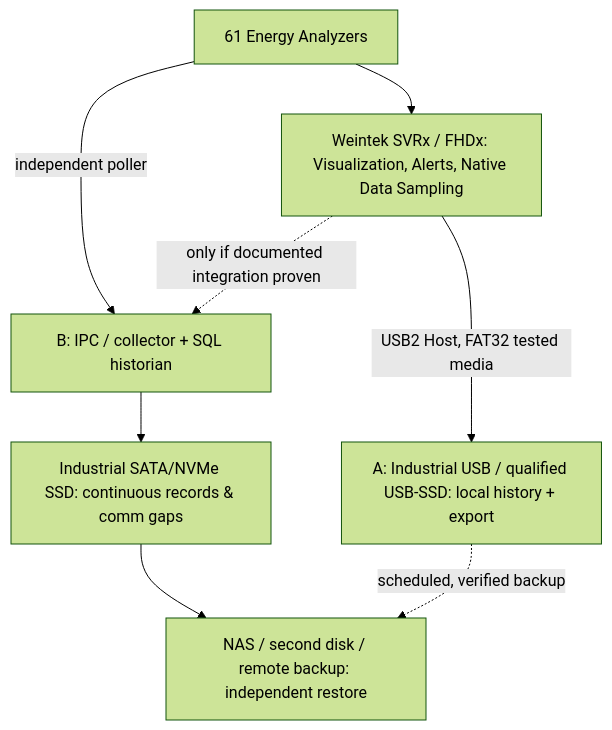
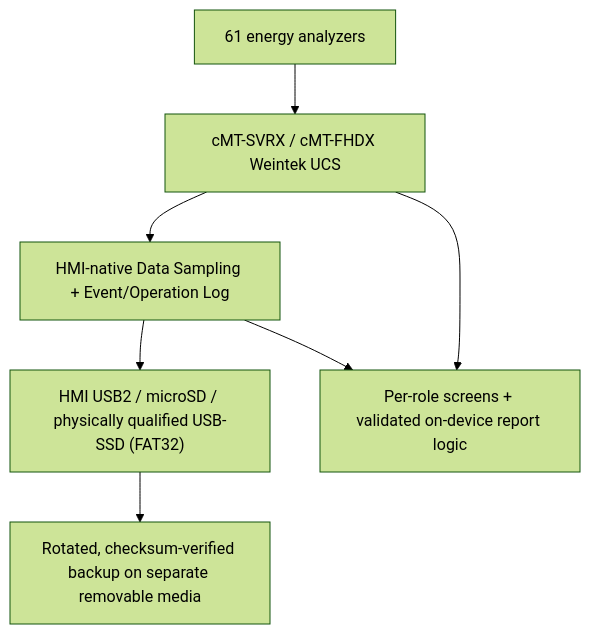
Before and after one commit to raohassandev/Weintek-Macro-Javascript-based-reporting: the diagram in docs/STORAGE_DECISION_AND_CAPACITY.md, drawn with Mermaid (forest theme). The commit also changed other lines of this file and 27 other files, not shown here.

Commit message:
feat: Weintek-only UCS architecture, role homes and HTML/demo research (#26)

````diff
--- a/docs/STORAGE_DECISION_AND_CAPACITY.md
+++ b/docs/STORAGE_DECISION_AND_CAPACITY.md
@@ -13,10 +5,9 @@
 ```mermaid
 flowchart TB
- METERS["61 Energy Analyzers"] --> CORE["Weintek SVRx / FHDx: Visualization, Alerts, Native Data Sampling"]
- CORE -->|USB2 Host, FAT32 tested media| USBD["A: Industrial USB / qualified USB-SSD: local history + export"]
- METERS -->|independent poller| IPC["B: IPC / collector + SQL historian"]
- IPC --> SSD["Industrial SATA/NVMe SSD: continuous records & comm gaps"]
- SSD --> BAK["NAS / second disk / remote backup: independent restore"]
- CORE -. "only if documented integration proven" .-> IPC
- USBD -. "scheduled, verified backup" .-> BAK
+  M["61 energy analyzers"] --> W["cMT-SVRX / cMT-FHDX Weintek UCS"]
+  W --> DS["HMI-native Data Sampling + Event/Operation Log"]
+  DS --> USB["HMI USB2 / microSD / physically qualified USB-SSD (FAT32)"]
+  USB --> BACKUP["Rotated, checksum-verified backup on separate removable media"]
+  W --> R["Per-role screens + validated on-device report logic"]
+  DS --> R
 ```
````
